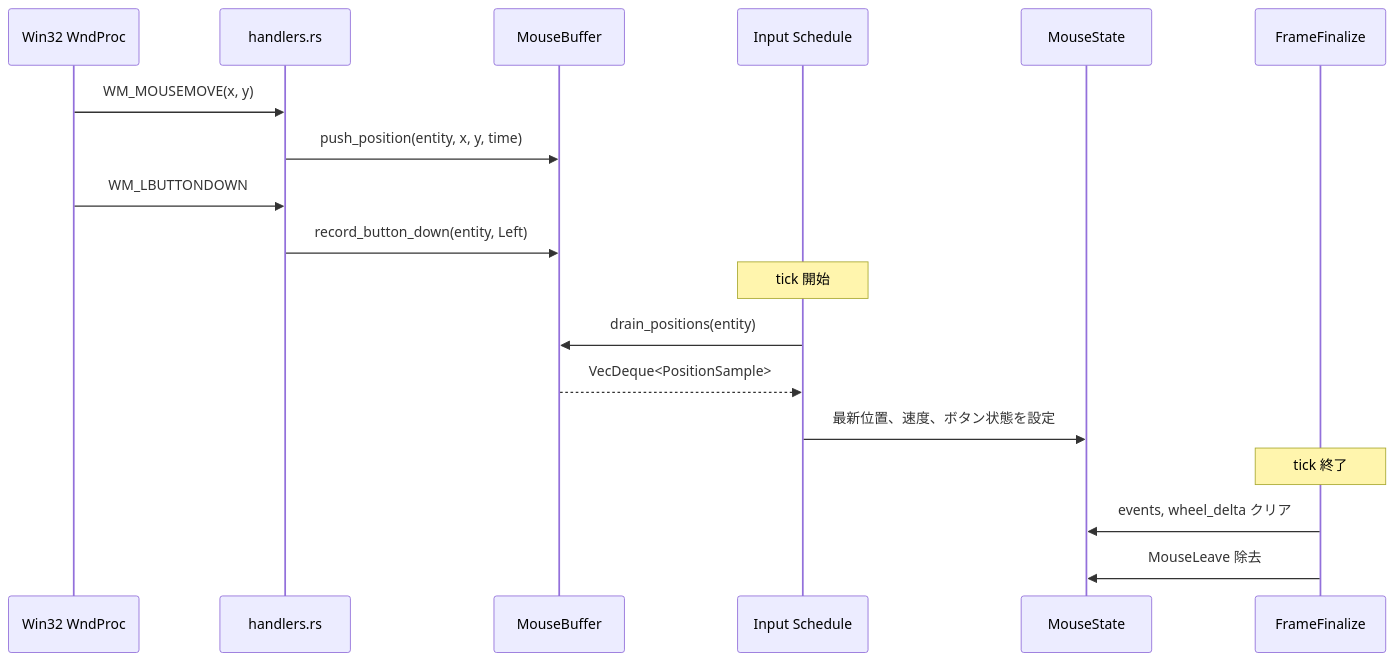
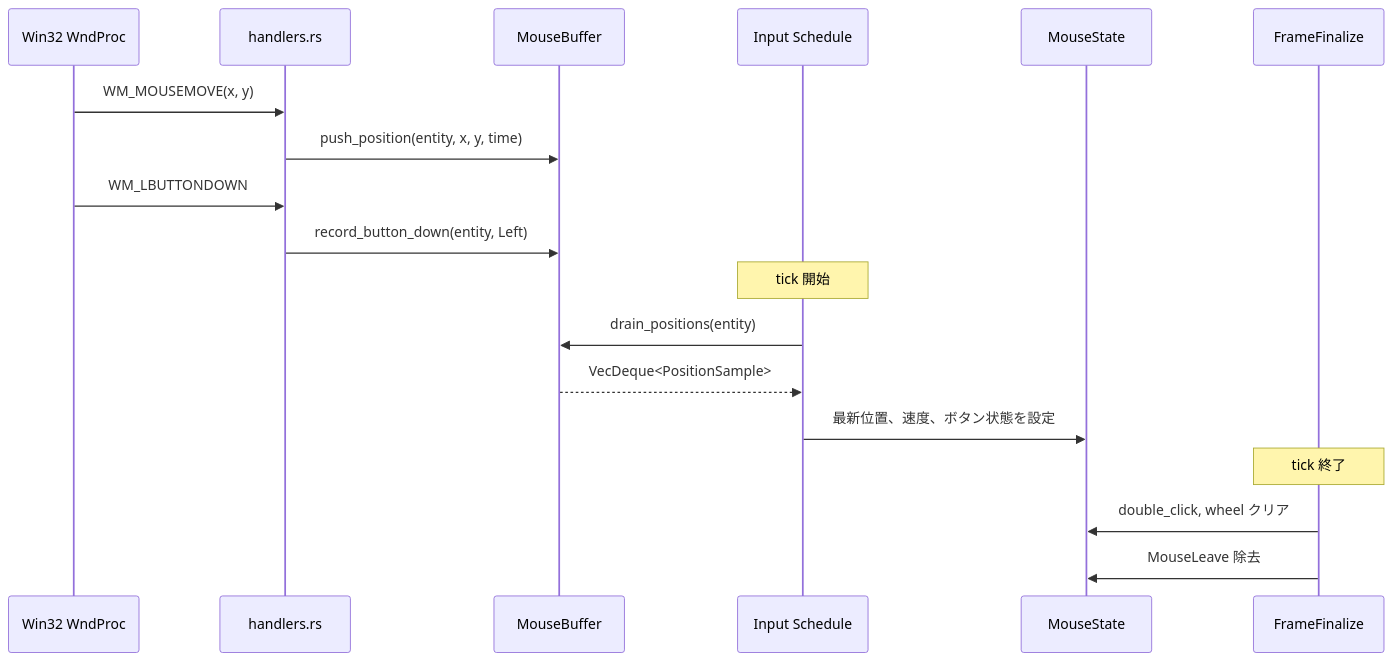
Before and after one commit to ekicyou/dcomp_sample-rs: the second of 5 diagrams in .kiro/specs/event-mouse-basic/design.md, drawn with Mermaid. The commit also changed other lines of this file, not shown here.

First line of the commit message:
fix(event-mouse-basic): Enter/Leave フロー図を修正

````diff
--- a/.kiro/specs/event-mouse-basic/design.md
+++ b/.kiro/specs/event-mouse-basic/design.md
@@ -93,23 +93,23 @@
 ```mermaid
 sequenceDiagram
     participant Win32 as Win32 WndProc
     participant Handler as handlers.rs
     participant Buffer as MouseBuffer
     participant Input as Input Schedule
     participant State as MouseState
     participant FF as FrameFinalize
 
     Win32->>Handler: WM_MOUSEMOVE(x, y)
     Handler->>Buffer: push_position(entity, x, y, time)
     Win32->>Handler: WM_LBUTTONDOWN
     Handler->>Buffer: record_button_down(entity, Left)
     
     Note over Input: tick 開始
     Input->>Buffer: drain_positions(entity)
     Buffer-->>Input: VecDeque<PositionSample>
     Input->>State: 最新位置、速度、ボタン状態を設定
     
     Note over FF: tick 終了
-    FF->>State: events, wheel_delta クリア
+    FF->>State: double_click, wheel クリア
     FF->>State: MouseLeave 除去
 ```
````
